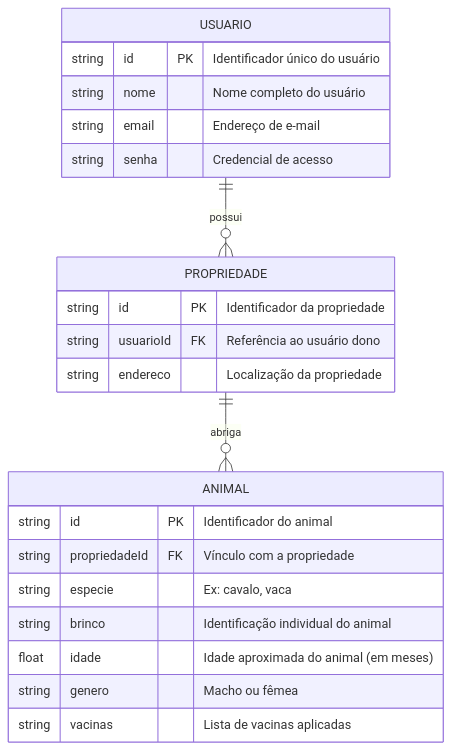
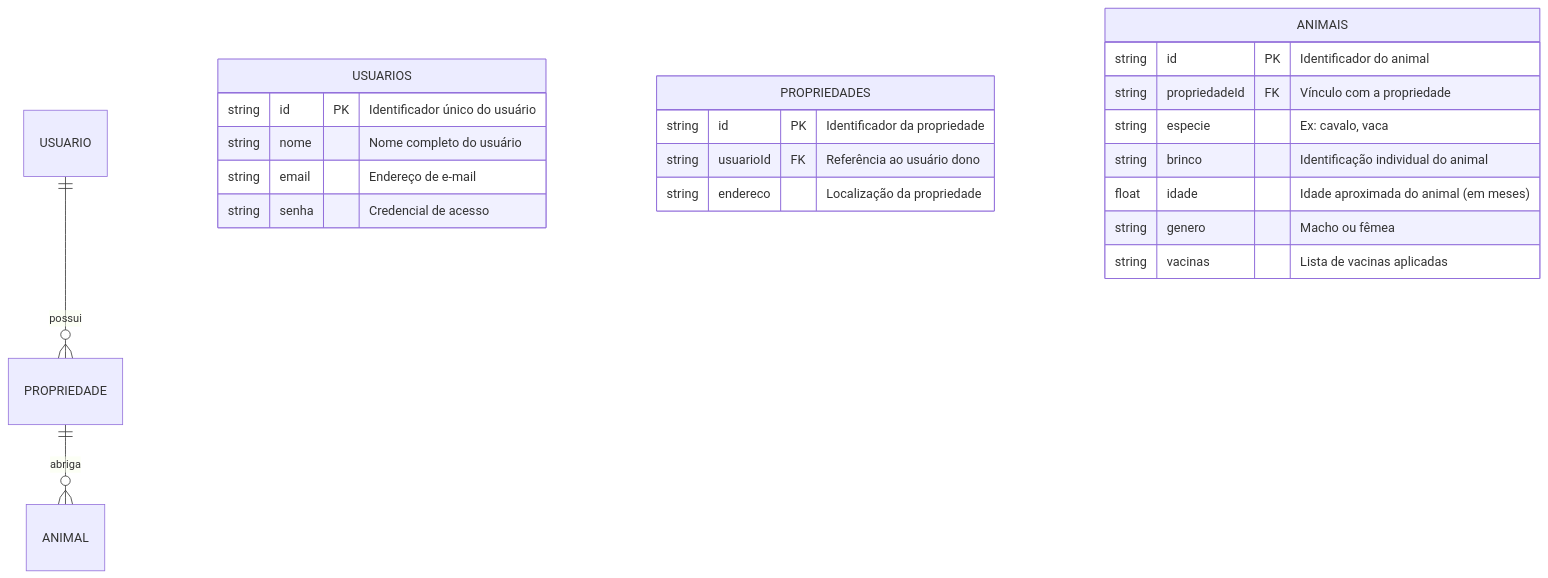
One commit to kowalczyk-eduardo/meu-rancho changed the diagram in docs/spec.md. Above: the diagram before and after it, drawn with Mermaid.

````diff
--- a/docs/spec.md
+++ b/docs/spec.md
@@ -10,28 +10,28 @@
 ```mermaid
 erDiagram
     USUARIO ||--o{ PROPRIEDADE : "possui"
     PROPRIEDADE ||--o{ ANIMAL : "abriga"
 
-    USUARIO {
+    USUARIOS {
         string id PK "Identificador único do usuário"
         string nome "Nome completo do usuário"
         string email "Endereço de e-mail"
         string senha "Credencial de acesso"
     }
 
-    PROPRIEDADE {
+    PROPRIEDADES {
         string id PK "Identificador da propriedade"
         string usuarioId FK "Referência ao usuário dono"
         string endereco "Localização da propriedade"
     }
 
-    ANIMAL {
+    ANIMAIS {
         string id PK "Identificador do animal"
         string propriedadeId FK "Vínculo com a propriedade"
         string especie "Ex: cavalo, vaca"
         string brinco "Identificação individual do animal"
         float idade "Idade aproximada do animal (em meses)"
         string genero "Macho ou fêmea"
         string vacinas "Lista de vacinas aplicadas"
     }
 ```
````
